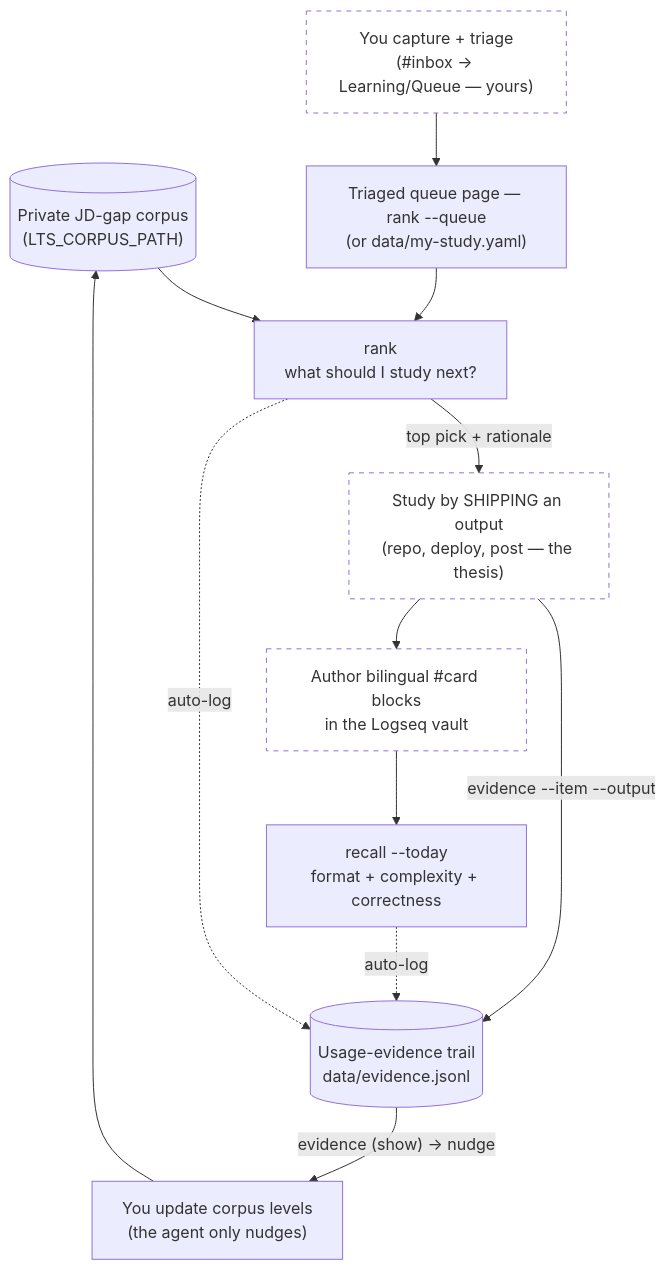
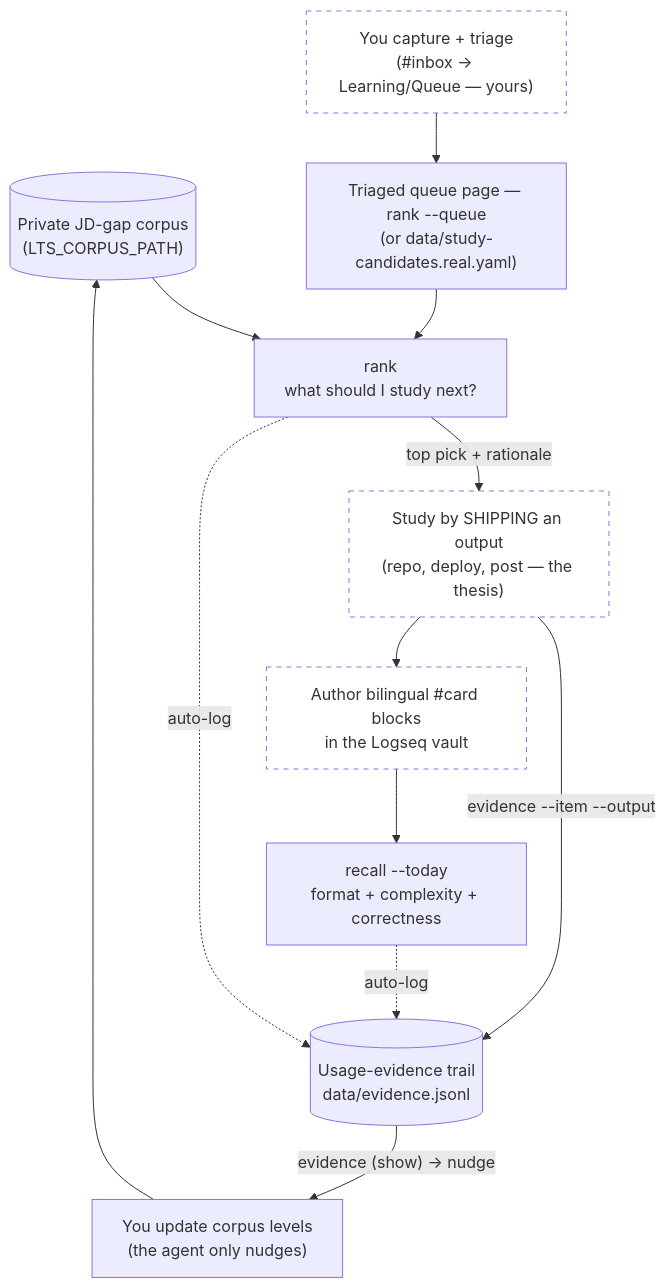
Before and after one commit to canglang-social/learn-to-ship: the diagram in docs/USAGE.md, drawn with Mermaid. The commit also changed other lines of this file and 7 other files, not shown here.

First line of the commit message:
chore: unify data-file naming — study-candidates .stub/.real, like the corpus (Q9)

````diff
--- a/docs/USAGE.md
+++ b/docs/USAGE.md
@@ -14,27 +14,27 @@
 ```mermaid
 flowchart TD
     corpus[("Private JD-gap corpus<br/>(LTS_CORPUS_PATH)")]
-    list["Triaged queue page — rank --queue<br/>(or data/my-study.yaml)"]
+    list["Triaged queue page — rank --queue<br/>(or data/study-candidates.real.yaml)"]
     rank["rank<br/>what should I study next?"]
     study["Study by SHIPPING an output<br/>(repo, deploy, post — the thesis)"]
     cards["Author bilingual #card blocks<br/>in the Logseq vault"]
     recall["recall --today<br/>format + complexity + correctness"]
     trail[("Usage-evidence trail<br/>data/evidence.jsonl")]
     update["You update corpus levels<br/>(the agent only nudges)"]
 
     capture["You capture + triage<br/>(#inbox → Learning/Queue — yours)"] --> list
     list --> rank
     corpus --> rank
     rank -->|"top pick + rationale"| study
     study -->|"evidence --item --output"| trail
     rank -.->|auto-log| trail
     study --> cards
     cards --> recall
     recall -.->|auto-log| trail
     trail -->|"evidence (show) → nudge"| update
     update --> corpus
 
     style study fill:none,stroke-dasharray:5 5
     style cards fill:none,stroke-dasharray:5 5
     style capture fill:none,stroke-dasharray:5 5
 ```
````
